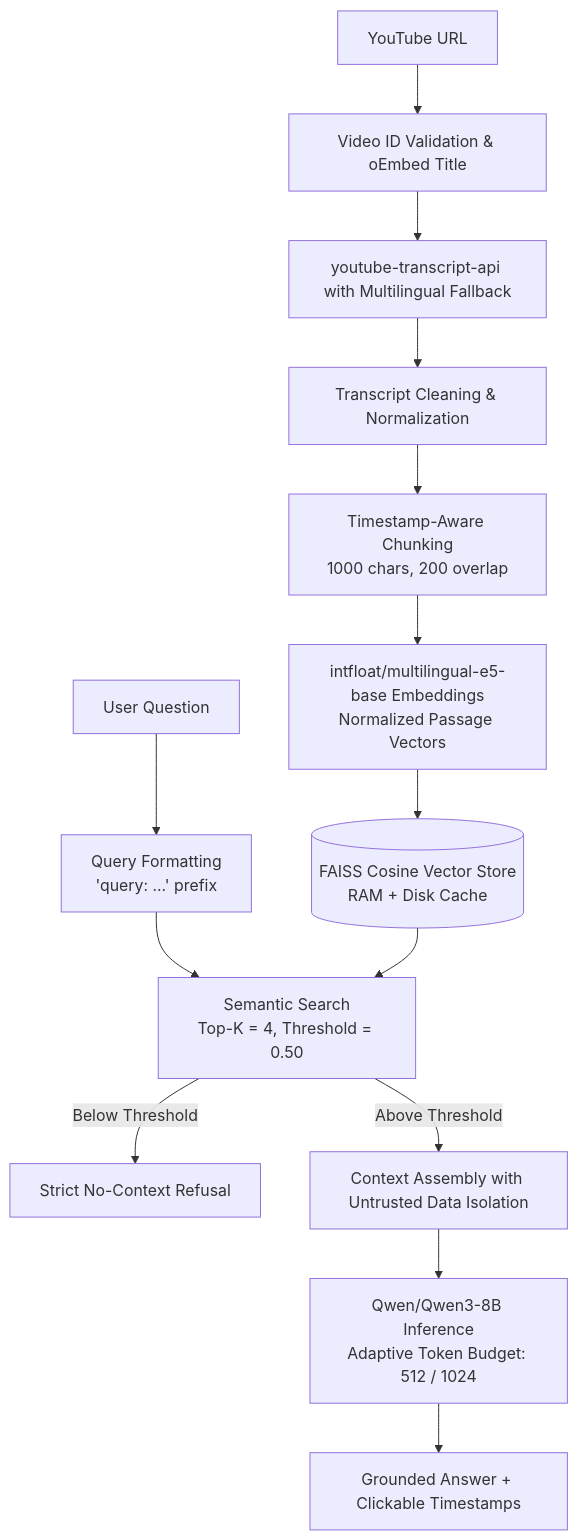
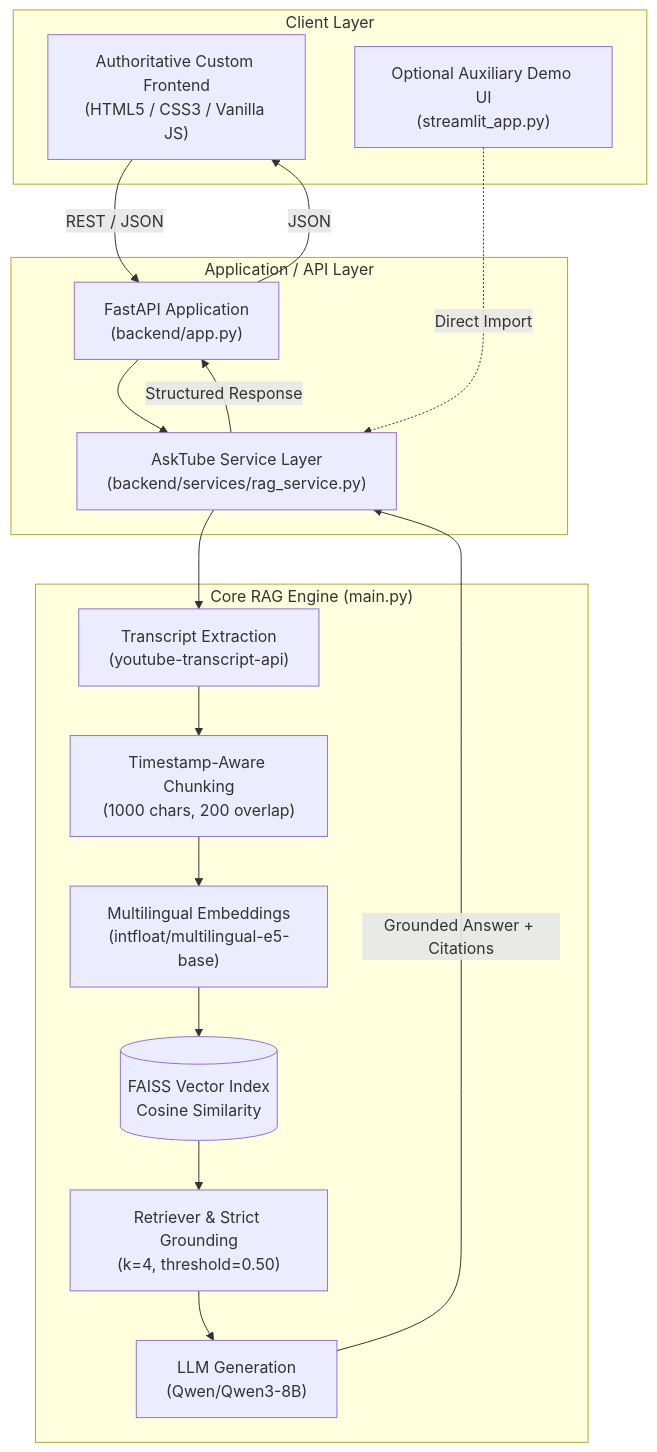
Before and after one commit to hitesh-2005/AskTube: the diagram in README.md, drawn with Mermaid. The commit also changed other lines of this file, not shown here.

Commit message:
docs: clarify canonical frontend and auxiliary Streamlit architecture

````diff
--- a/README.md
+++ b/README.md
@@ -33,19 +17,29 @@
 ```mermaid
 flowchart TD
-    A[YouTube URL] --> B[Video ID Validation & oEmbed Title]
-    B --> C[youtube-transcript-api with Multilingual Fallback]
-    C --> D[Transcript Cleaning & Normalization]
-    D --> E[Timestamp-Aware Chunking<br/>1000 chars, 200 overlap]
-    E --> F[intfloat/multilingual-e5-base Embeddings<br/>Normalized Passage Vectors]
-    F --> G[(FAISS Cosine Vector Store<br/>RAM + Disk Cache)]
-    
-    H[User Question] --> I[Query Formatting<br/>'query: ...' prefix]
-    I --> J[Semantic Search<br/>Top-K = 4, Threshold = 0.50]
-    G --> J
-    
-    J -->|Below Threshold| K[Strict No-Context Refusal]
-    J -->|Above Threshold| L[Context Assembly with Untrusted Data Isolation]
-    
-    L --> M[Qwen/Qwen3-8B Inference<br/>Adaptive Token Budget: 512 / 1024]
-    M --> N[Grounded Answer + Clickable Timestamps]
+    subgraph Client ["Client Layer"]
+        A["Authoritative Custom Frontend<br/>(HTML5 / CSS3 / Vanilla JS)"]
+        S["Optional Auxiliary Demo UI<br/>(streamlit_app.py)"]
+    end
+
+    subgraph API ["Application / API Layer"]
+        B["FastAPI Application<br/>(backend/app.py)"]
+        C["AskTube Service Layer<br/>(backend/services/rag_service.py)"]
+    end
+
+    subgraph Core ["Core RAG Engine (main.py)"]
+        D["Transcript Extraction<br/>(youtube-transcript-api)"]
+        E["Timestamp-Aware Chunking<br/>(1000 chars, 200 overlap)"]
+        F["Multilingual Embeddings<br/>(intfloat/multilingual-e5-base)"]
+        G[("FAISS Vector Index<br/>Cosine Similarity")]
+        H["Retriever & Strict Grounding<br/>(k=4, threshold=0.50)"]
+        I["LLM Generation<br/>(Qwen/Qwen3-8B)"]
+    end
+
+    A -->|REST / JSON| B
+    B --> C
+    S -.->|Direct Import| C
+    C --> D --> E --> F --> G --> H --> I
+    I -->|Grounded Answer + Citations| C
+    C -->|Structured Response| B
+    B -->|JSON| A
 ```
````
